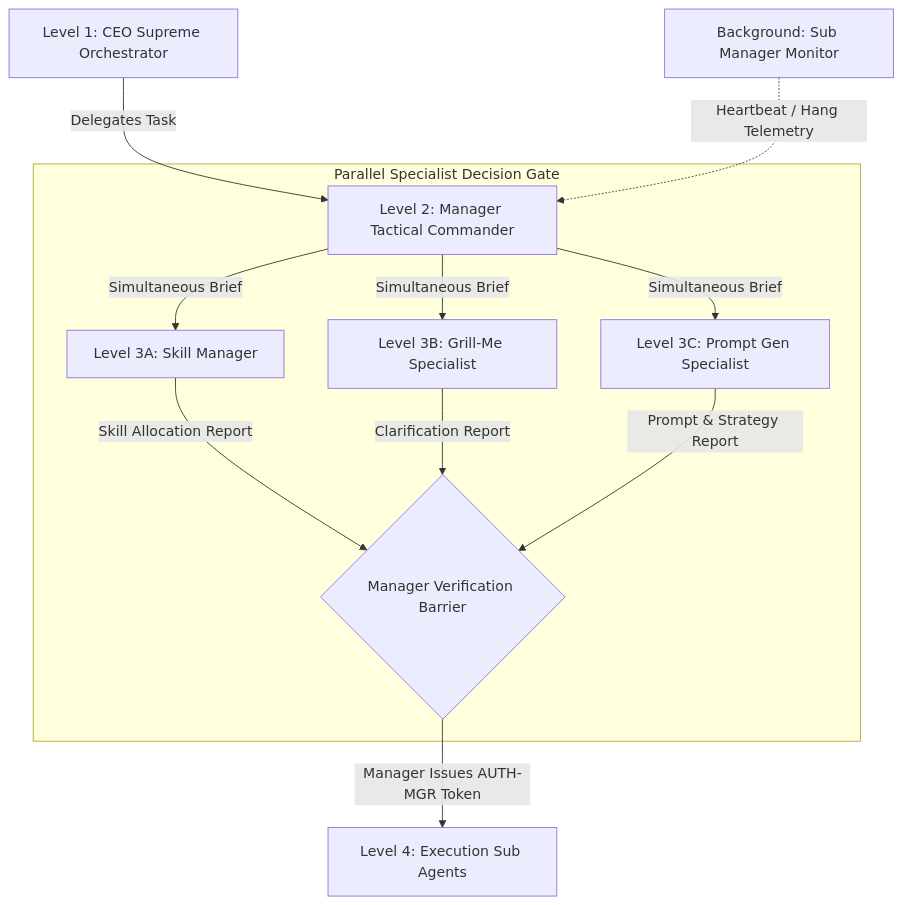
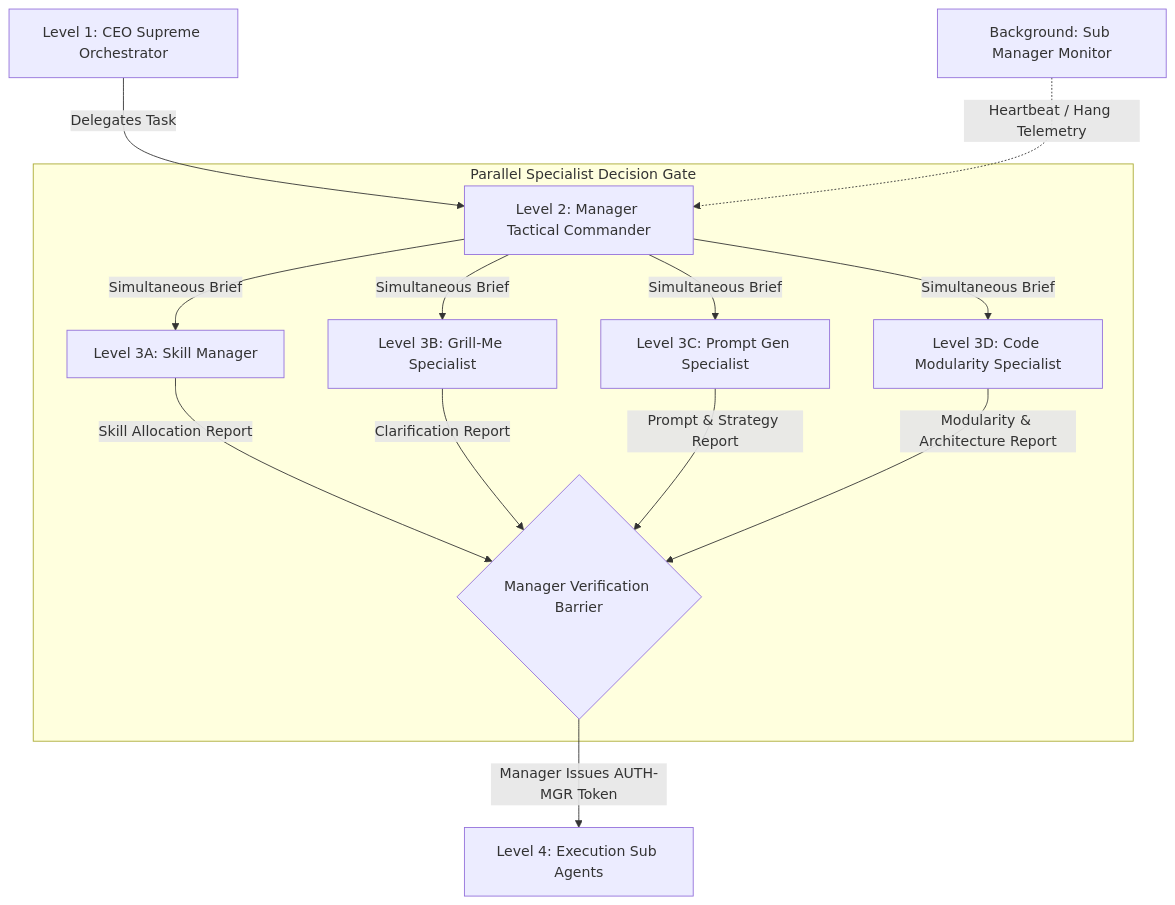
Before and after one commit to aiprincekumar/Interactive-Cursor-Tracking-Portfolio: the first of 3 diagrams in .agents/rules/PHASE_WISE_PROMPT_GENERATION_ARCHITECTURE.md, drawn with Mermaid. The commit also changed other lines of this file and 5 other files, not shown here.

Commit message:
feat(rules): modularize Rule 28 and extract CODE_MODULARITY_AND_SCALABLE_ARCHITECTURE.md

````diff
--- a/.agents/rules/PHASE_WISE_PROMPT_GENERATION_ARCHITECTURE.md
+++ b/.agents/rules/PHASE_WISE_PROMPT_GENERATION_ARCHITECTURE.md
@@ -17,14 +18,16 @@
 ```mermaid
 flowchart TD
     CEO["Level 1: CEO Supreme Orchestrator"] -->|Delegates Task| Manager["Level 2: Manager Tactical Commander"]
     subgraph DecisionGate ["Parallel Specialist Decision Gate"]
         Manager -->|Simultaneous Brief| L3A["Level 3A: Skill Manager"]
         Manager -->|Simultaneous Brief| L3B["Level 3B: Grill-Me Specialist"]
         Manager -->|Simultaneous Brief| L3C["Level 3C: Prompt Gen Specialist"]
+        Manager -->|Simultaneous Brief| L3D["Level 3D: Code Modularity Specialist"]
         L3A -->|Skill Allocation Report| Barrier{"Manager Verification Barrier"}
         L3B -->|Clarification Report| Barrier
         L3C -->|Prompt & Strategy Report| Barrier
+        L3D -->|Modularity & Architecture Report| Barrier
     end
     Barrier -->|Manager Issues AUTH-MGR Token| SubAgents["Level 4: Execution Sub Agents"]
     SubManager["Background: Sub Manager Monitor"] -.->|Heartbeat / Hang Telemetry| Manager
 ```
````
